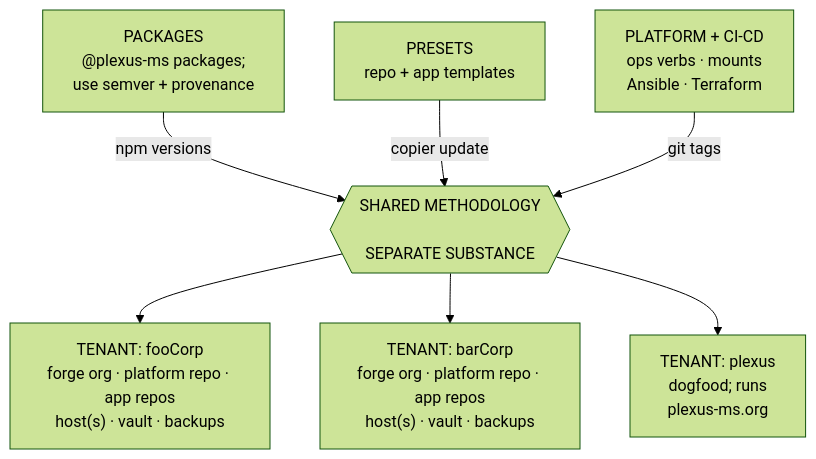
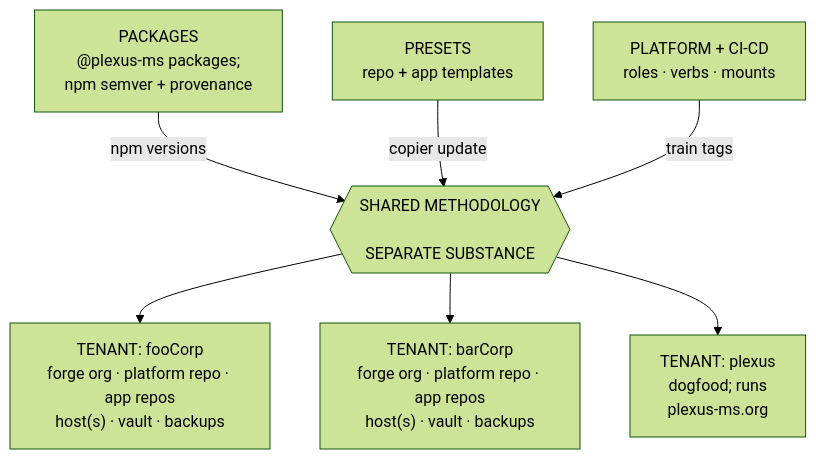
One commit to plexus-ms/compendium changed the diagram in plexus/standard.md. Above: the diagram before and after it, drawn with Mermaid (forest theme). The commit also changed other lines of this file, not shown here.

````diff
--- a/plexus/standard.md
+++ b/plexus/standard.md
@@ -97,13 +182,13 @@
 ```mermaid
 flowchart TB
-  packages["PACKAGES<br>@plexus-ms packages;<br>use semver + provenance"]
+  packages["PACKAGES<br>@plexus-ms packages;<br>npm semver + provenance"]
   preset["PRESETS<br>repo + app templates"]
-  ops["PLATFORM + CI-CD<br>ops verbs · mounts<br>Ansible · Terraform"]
+  ops["PLATFORM + CI-CD<br>roles · verbs · mounts"]
   boundary{{"SHARED METHODOLOGY<br><br>SEPARATE SUBSTANCE"}}
   packages -- "npm versions" --> boundary
   preset -- "copier update" --> boundary
-  ops -- "git tags" --> boundary
+  ops -- "train tags" --> boundary
   boundary --> acme["TENANT: fooCorp<br>forge org · platform repo · app repos<br>host(s) · vault · backups"]
   boundary --> initech["TENANT: barCorp<br>forge org · platform repo · app repos<br>host(s) · vault · backups"]
   boundary --> plexus["TENANT: plexus<br>dogfood; runs<br>plexus-ms.org"]
 ```
````
